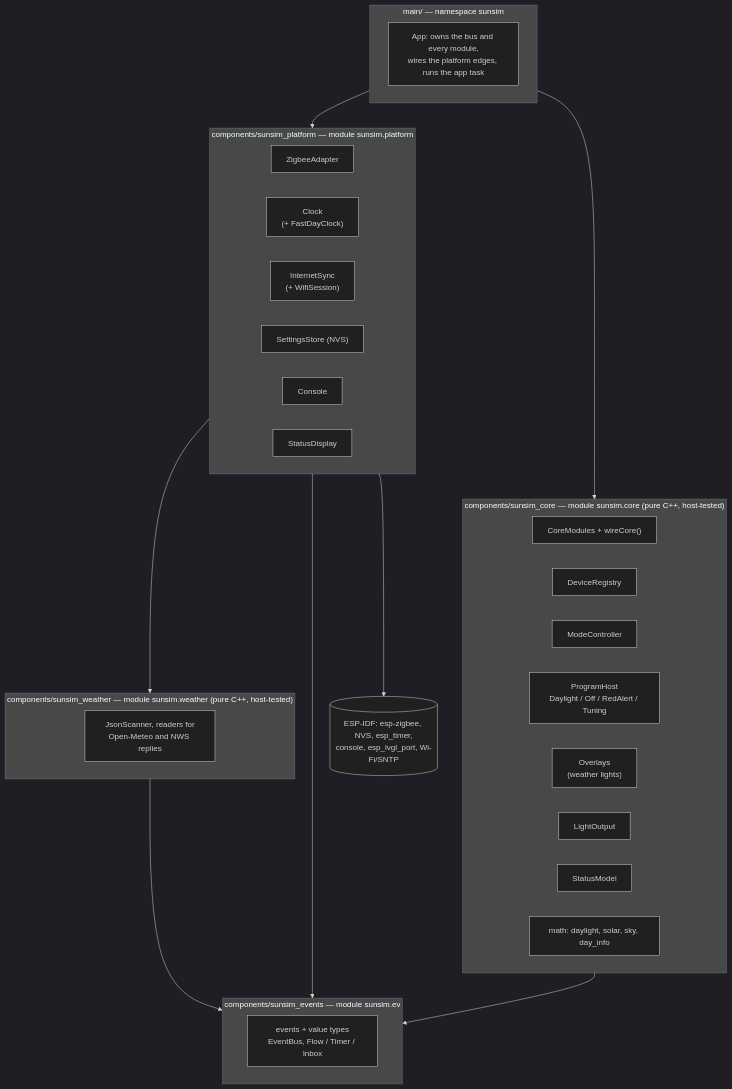
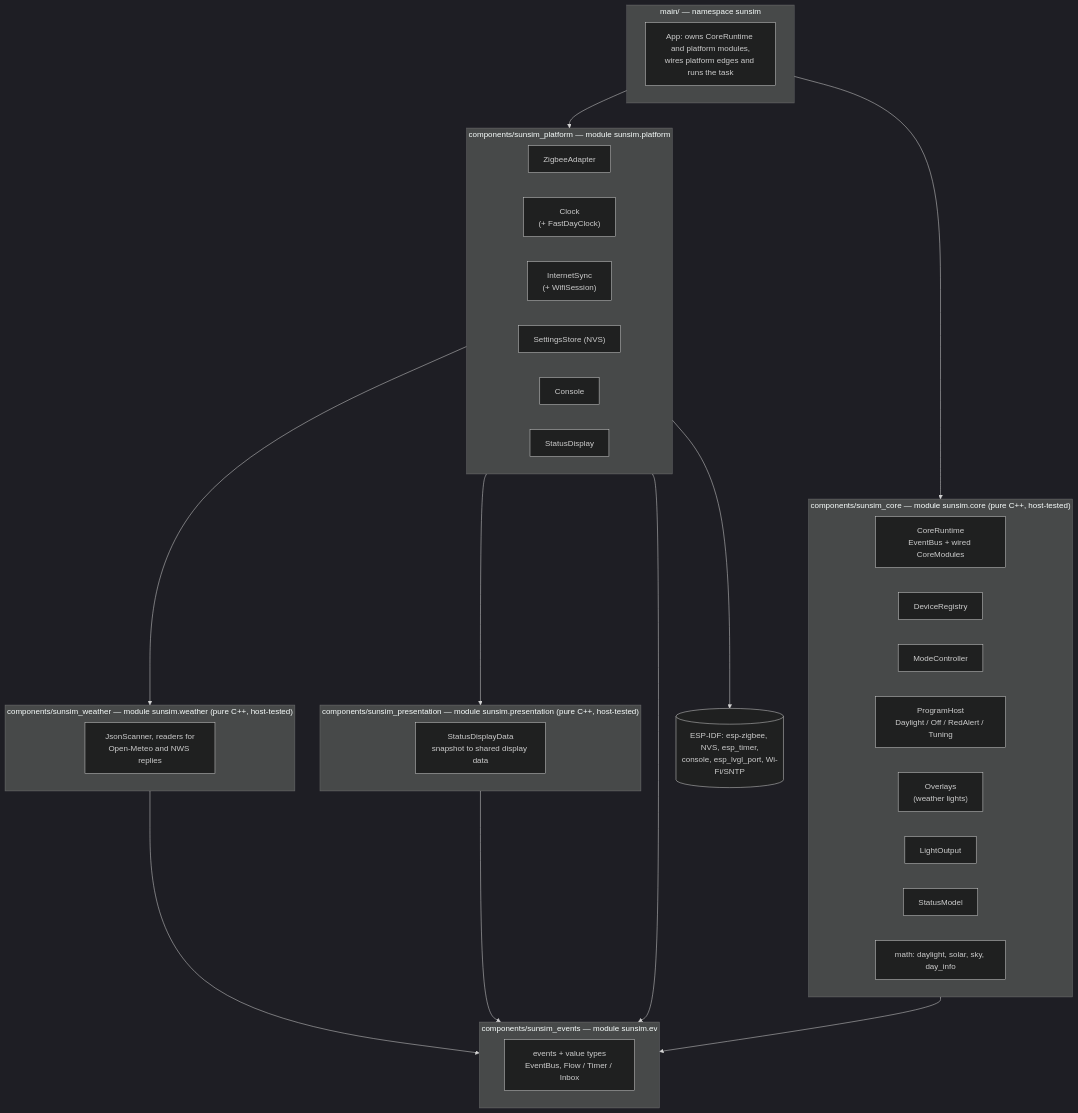
One commit to bjerre/sunsim changed the first of 10 diagrams in ARCHITECTURE.md. Above: the diagram before and after it, drawn with Mermaid (dark theme). The commit also changed other lines of this file and 22 other files, not shown here.

````diff
--- a/ARCHITECTURE.md
+++ b/ARCHITECTURE.md
@@ -27,37 +27,41 @@
 ```mermaid
 flowchart TB
     subgraph app["main/ — namespace sunsim"]
-        App["App: owns the bus and every module,<br/>wires the platform edges, runs the app task"]
+        App["App: owns CoreRuntime and platform modules,<br/>wires platform edges and runs the task"]
     end
     subgraph platform["components/sunsim_platform — module sunsim.platform"]
         ZA[ZigbeeAdapter]
         CK["Clock<br/>(+ FastDayClock)"]
         IS["InternetSync<br/>(+ WifiSession)"]
         ST["SettingsStore (NVS)"]
         CO[Console]
         DI[StatusDisplay]
     end
     subgraph core["components/sunsim_core — module sunsim.core (pure C++, host-tested)"]
-        CM["CoreModules + wireCore()"]
+        CM["CoreRuntime<br/>EventBus + wired CoreModules"]
         DR[DeviceRegistry]
         MC[ModeController]
         PH["ProgramHost<br/>Daylight / Off / RedAlert / Tuning"]
         OV["Overlays<br/>(weather lights)"]
         LO[LightOutput]
         SM[StatusModel]
         MA["math: daylight, solar, sky, day_info"]
     end
     subgraph weather["components/sunsim_weather — module sunsim.weather (pure C++, host-tested)"]
         WR["JsonScanner, readers for<br/>Open-Meteo and NWS replies"]
     end
+    subgraph presentation["components/sunsim_presentation — module sunsim.presentation (pure C++, host-tested)"]
+        PV["StatusDisplayData<br/>snapshot to shared display data"]
+    end
     subgraph events["components/sunsim_events — module sunsim.ev"]
         EV["events + value types<br/>EventBus, Flow / Timer / Inbox"]
     end
     IDF[("ESP-IDF: esp-zigbee, NVS, esp_timer,<br/>console, esp_lvgl_port, Wi-Fi/SNTP")]
 
     app --> platform & core
     platform --> weather --> events
+    platform --> presentation --> events
     platform --> events
     core --> events
     platform --> IDF
 ```
````
